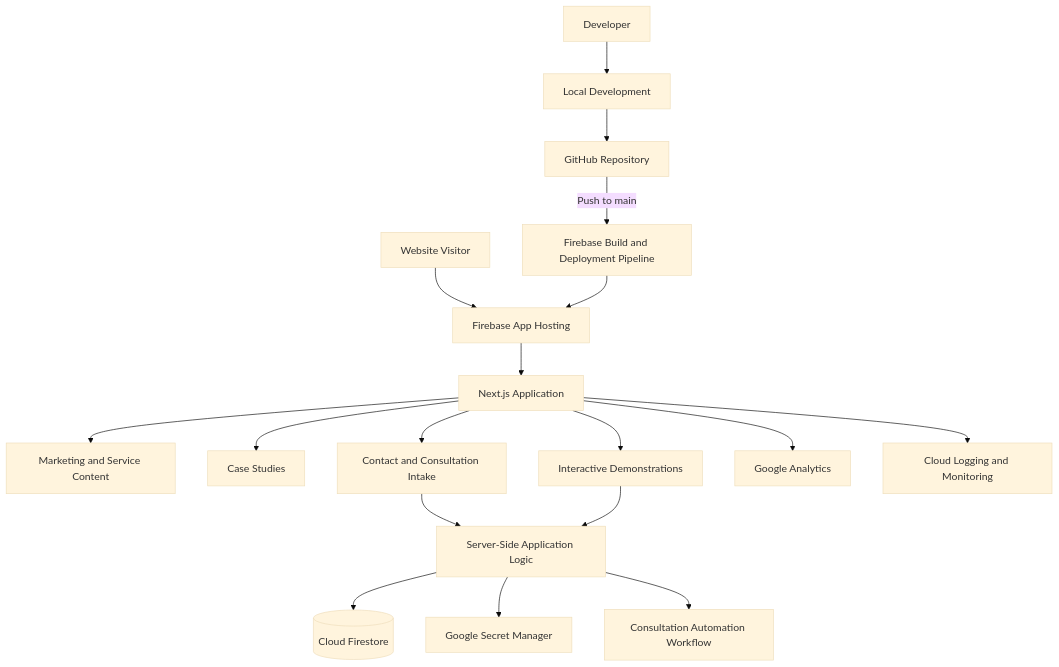
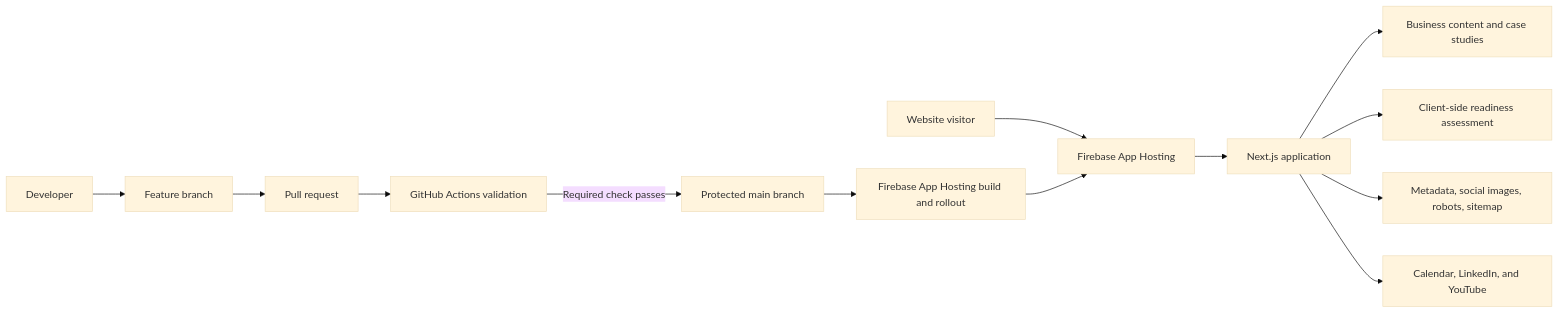
One commit to McQueen-Cloud-Advisory/mcqueen-cloud-website changed the diagram in README.md. Above: the diagram before and after it, drawn with Mermaid (base theme). The commit also changed other lines of this file and 5 other files, not shown here.

First line of the commit message:
Refactor/outcome first case studies (#8)

````diff
--- a/README.md
+++ b/README.md
@@ -35,25 +44,17 @@
 ```mermaid
-flowchart TD
-    VISITOR[Website Visitor] --> EDGE[Firebase App Hosting]
-    EDGE --> APP[Next.js Application]
+flowchart LR
+    VISITOR[Website visitor] --> EDGE[Firebase App Hosting]
+    EDGE --> APP[Next.js application]
 
-    DEV[Developer] --> LOCAL[Local Development]
-    LOCAL --> GITHUB[GitHub Repository]
-    GITHUB -->|Push to main| PIPELINE[Firebase Build and Deployment Pipeline]
-    PIPELINE --> EDGE
+    APP --> CONTENT[Business content and case studies]
+    APP --> ASSESSMENT[Client-side readiness assessment]
+    APP --> METADATA[Metadata, social images, robots, sitemap]
+    APP --> OUTBOUND[Calendar, LinkedIn, and YouTube]
 
-    APP --> CONTENT[Marketing and Service Content]
-    APP --> CASES[Case Studies]
-    APP --> TOOLS[Interactive Demonstrations]
-    APP --> CONTACT[Contact and Consultation Intake]
-
-    CONTACT --> SERVER[Server-Side Application Logic]
-    TOOLS --> SERVER
-
-    SERVER --> FIRESTORE[(Cloud Firestore)]
-    SERVER --> SECRETS[Google Secret Manager]
-    SERVER --> WORKFLOW[Consultation Automation Workflow]
-
-    APP --> ANALYTICS[Google Analytics]
-    APP --> LOGGING[Cloud Logging and Monitoring]
+    DEVELOPER[Developer] --> BRANCH[Feature branch]
+    BRANCH --> PR[Pull request]
+    PR --> CI[GitHub Actions validation]
+    CI -->|Required check passes| MAIN[Protected main branch]
+    MAIN --> FIREBASE[Firebase App Hosting build and rollout]
+    FIREBASE --> EDGE
 ```
````
